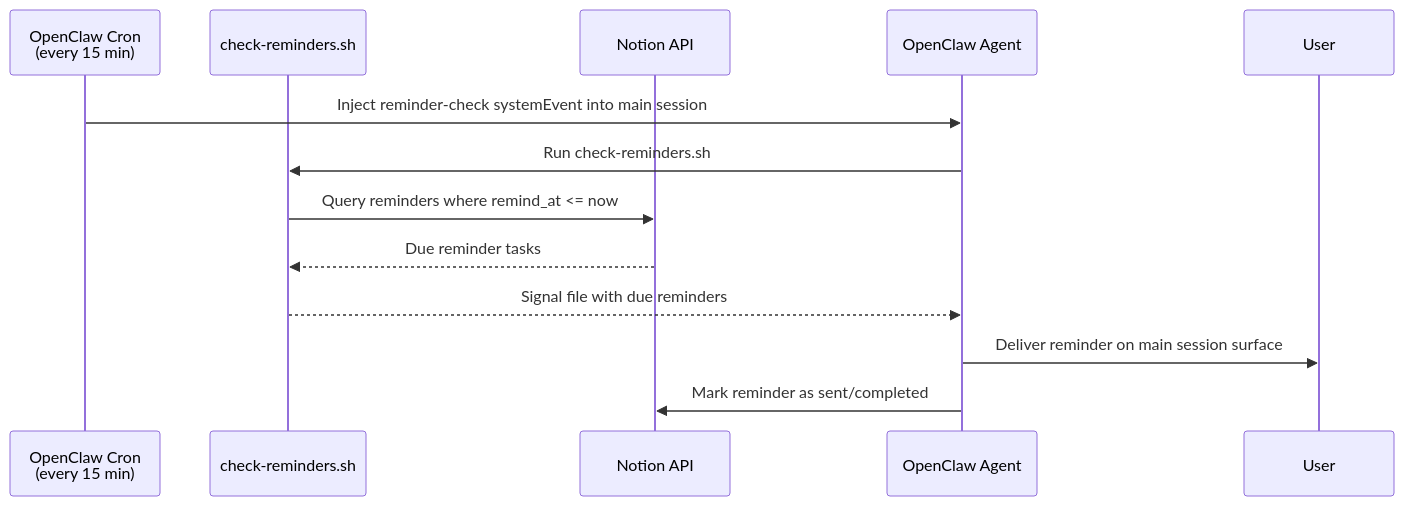
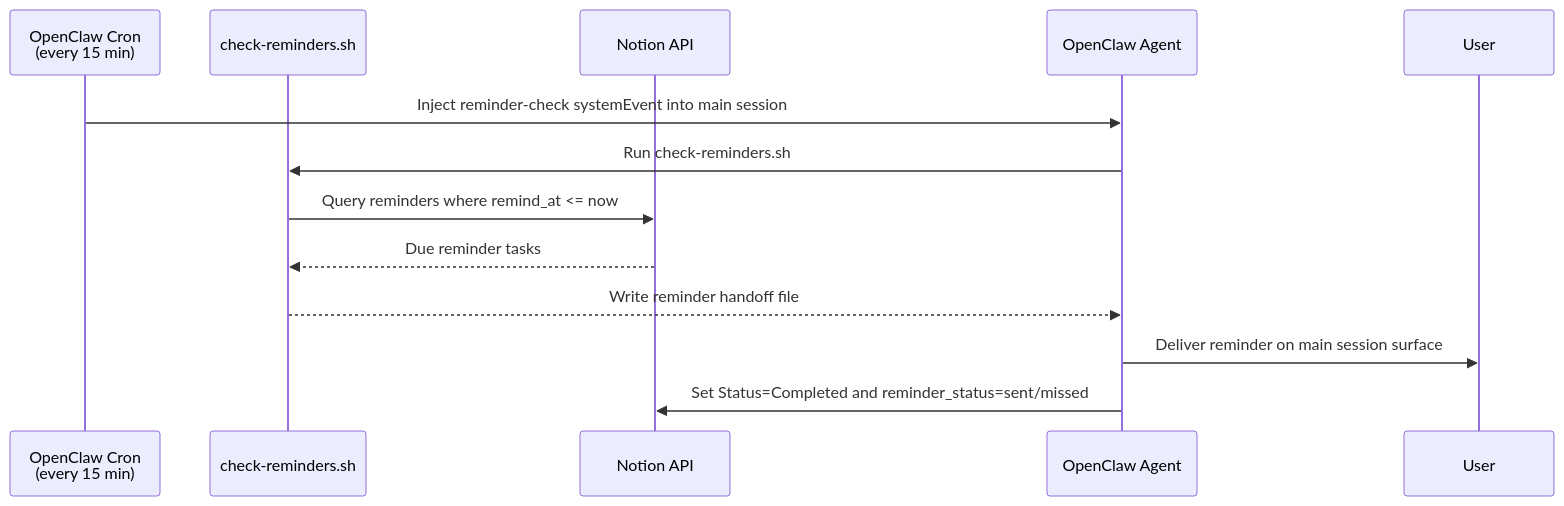
Before and after one commit to NickBorgersProbably/hide-my-list: the fifth of 6 diagrams in docs/architecture.md, drawn with Mermaid. The commit also changed other lines of this file and 5 other files, not shown here.

Commit message:
Fix reminder handoff and env-loading spec drift

````diff
--- a/docs/architecture.md
+++ b/docs/architecture.md
@@ -198,16 +198,16 @@
 ```mermaid
 sequenceDiagram
     participant Cron as OpenClaw Cron<br/>(every 15 min)
     participant Script as check-reminders.sh
     participant Notion as Notion API
     participant Agent as OpenClaw Agent
     participant User
 
     Cron->>Agent: Inject reminder-check systemEvent into main session
     Agent->>Script: Run check-reminders.sh
     Script->>Notion: Query reminders where remind_at <= now
     Notion-->>Script: Due reminder tasks
-    Script-->>Agent: Signal file with due reminders
+    Script-->>Agent: Write reminder handoff file
     Agent->>User: Deliver reminder on main session surface
-    Agent->>Notion: Mark reminder as sent/completed
+    Agent->>Notion: Set Status=Completed and reminder_status=sent/missed
 ```
````
